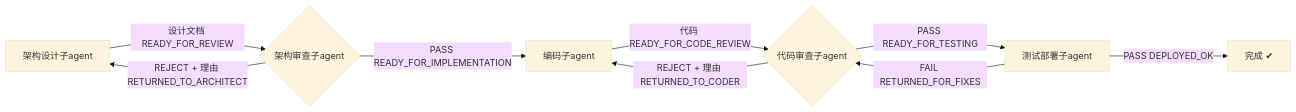
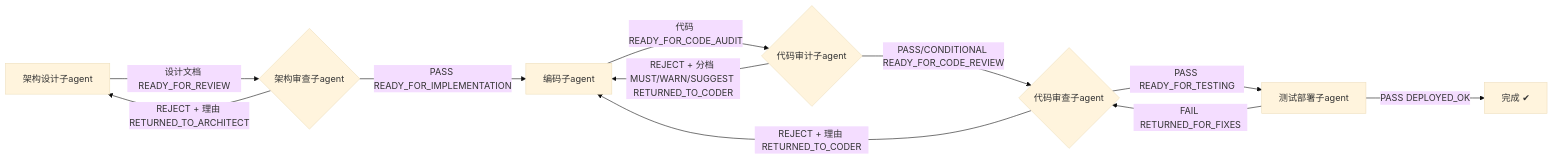
Before and after one commit to manshuoquan/Crisp: the diagram in .github/agents/README.md, drawn with Mermaid (base theme). The commit also changed other lines of this file and 7 other files, not shown here.

````diff
--- a/.github/agents/README.md
+++ b/.github/agents/README.md
@@ -18,11 +21,13 @@
 ```mermaid
 flowchart LR
     A[架构设计子agent] -->|设计文档 READY_FOR_REVIEW| B{架构审查子agent}
     B -->|REJECT + 理由 RETURNED_TO_ARCHITECT| A
     B -->|PASS READY_FOR_IMPLEMENTATION| C[编码子agent]
-    C -->|代码 READY_FOR_CODE_REVIEW| D{代码审查子agent}
+    C -->|代码 READY_FOR_CODE_AUDIT| D0{代码审计子agent}
+    D0 -->|REJECT + 分档 MUST/WARN/SUGGEST RETURNED_TO_CODER| C
+    D0 -->|PASS/CONDITIONAL READY_FOR_CODE_REVIEW| D{代码审查子agent}
     D -->|REJECT + 理由 RETURNED_TO_CODER| C
     D -->|PASS READY_FOR_TESTING| E[测试部署子agent]
     E -->|FAIL RETURNED_FOR_FIXES| D
     E -->|PASS DEPLOYED_OK| F[完成 ✔]
 ```
````
